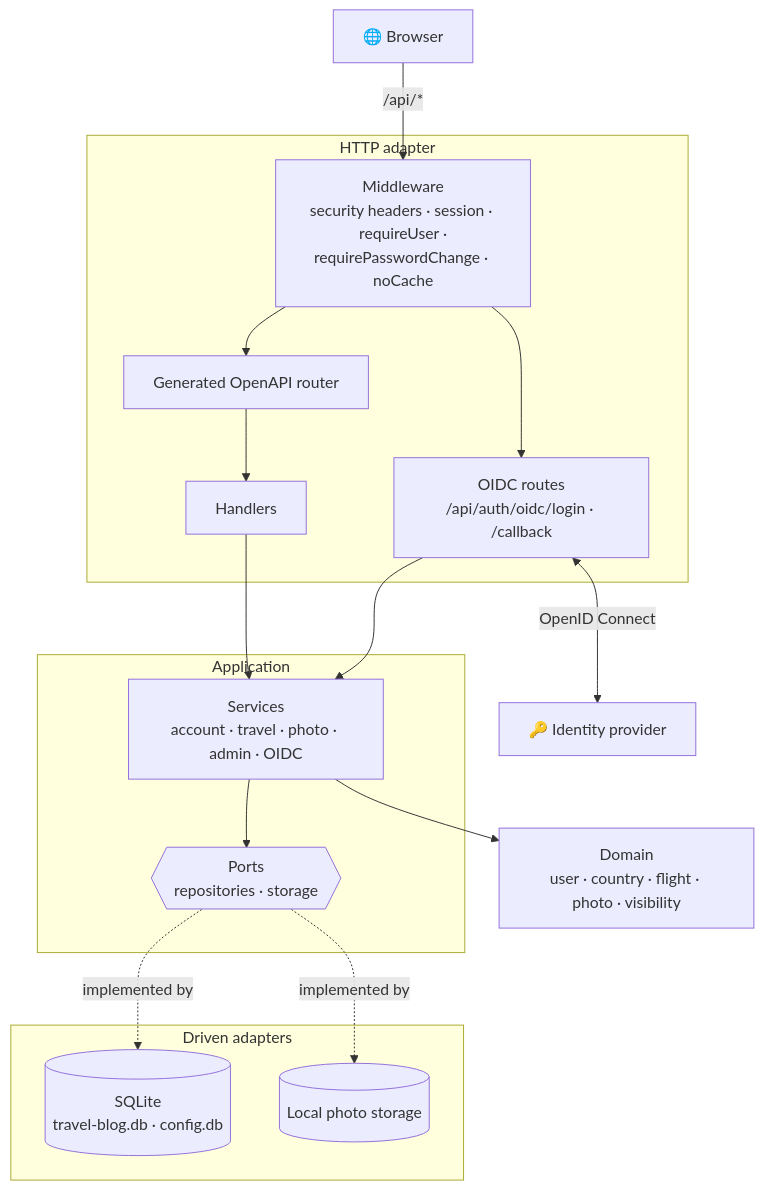
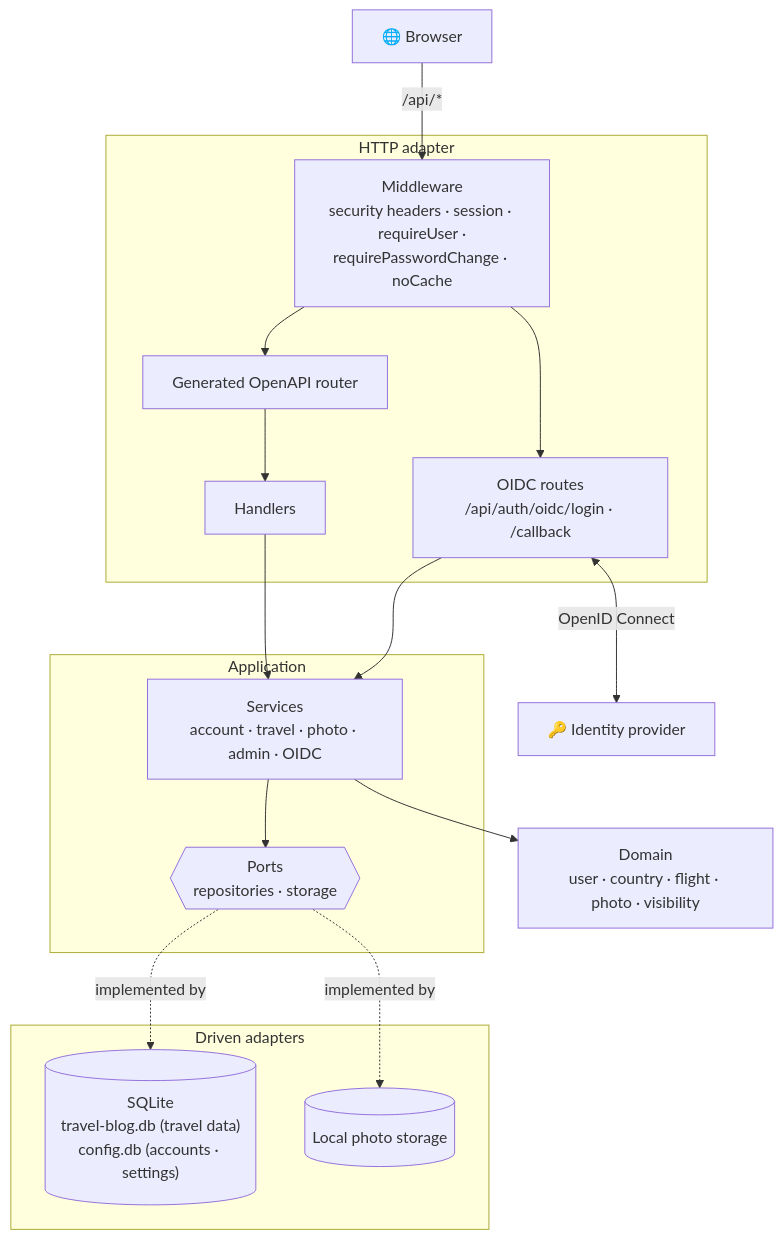
The second of 5 diagrams in docs/architecture.md (kenetrix/travel-blog), drawn with Mermaid before and after one commit. The commit also changed 21 other files, not shown here.

First line of the commit message:
refactor(backend): keep user accounts in the config database

````diff
--- a/docs/architecture.md
+++ b/docs/architecture.md
@@ -33,30 +33,30 @@
 ```mermaid
 flowchart TB
     Browser["🌐 Browser"] -- "/api/*" --> MW
 
     subgraph HTTP["HTTP adapter"]
         MW["Middleware<br/>security headers · session · requireUser ·<br/>requirePasswordChange · noCache"]
         MW --> Gen["Generated OpenAPI router"]
         Gen --> Handlers["Handlers"]
         MW --> OIDCR["OIDC routes<br/>/api/auth/oidc/login · /callback"]
     end
 
     subgraph App["Application"]
         Services["Services<br/>account · travel · photo · admin · OIDC"]
         Ports{{"Ports<br/>repositories · storage"}}
         Services --> Ports
     end
 
     Handlers --> Services
     OIDCR --> Services
     Services --> Domain["Domain<br/>user · country · flight · photo · visibility"]
 
     subgraph Adapters["Driven adapters"]
-        SQLite[("SQLite<br/>travel-blog.db · config.db")]
+        SQLite[("SQLite<br/>travel-blog.db (travel data)<br/>config.db (accounts · settings)")]
         Files[("Local photo storage")]
     end
 
     Ports -. implemented by .-> SQLite
     Ports -. implemented by .-> Files
     OIDCR <-- "OpenID Connect" --> IdP["🔑 Identity provider"]
 ```
````
